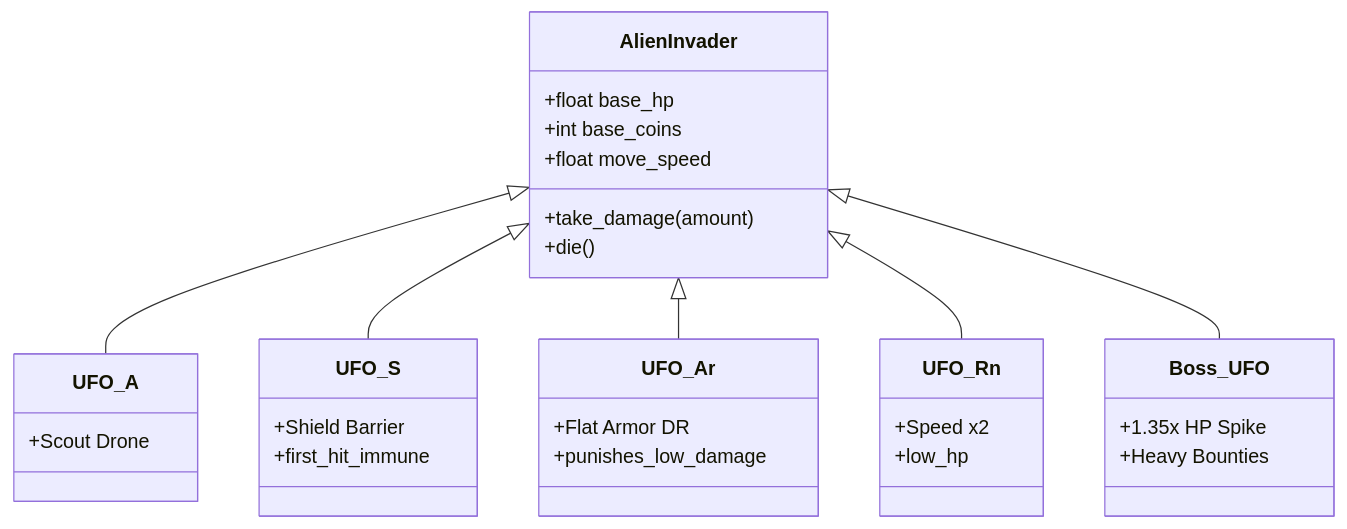
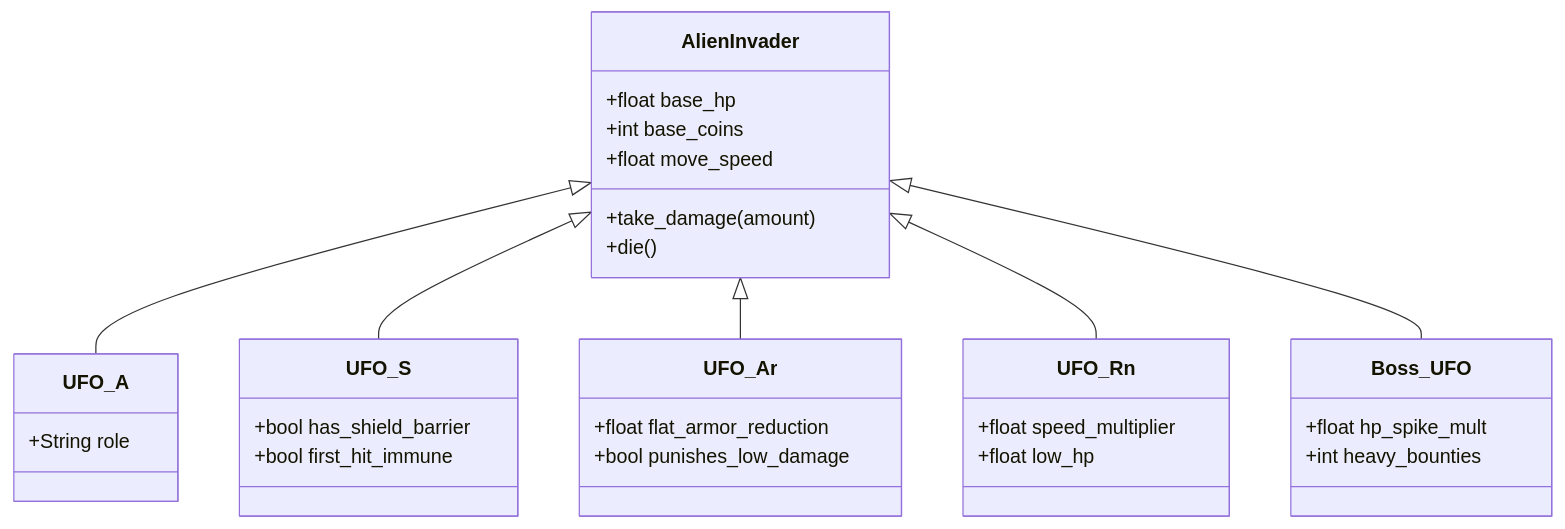
The third of 5 diagrams in docs/executive_summary.md (arlandoapraharjo/chaosmal-defense-td), drawn with Mermaid before and after one commit. The commit also changed other lines of this file, not shown here.

````diff
--- a/docs/executive_summary.md
+++ b/docs/executive_summary.md
@@ -120,34 +120,34 @@
 ```mermaid
 classDiagram
     class AlienInvader {
         +float base_hp
         +int base_coins
         +float move_speed
         +take_damage(amount)
         +die()
     }
     class UFO_A {
-        +Scout Drone
+        +String role
     }
     class UFO_S {
-        +Shield Barrier
-        +first_hit_immune
+        +bool has_shield_barrier
+        +bool first_hit_immune
     }
     class UFO_Ar {
-        +Flat Armor DR
-        +punishes_low_damage
+        +float flat_armor_reduction
+        +bool punishes_low_damage
     }
     class UFO_Rn {
-        +Speed x2
-        +low_hp
+        +float speed_multiplier
+        +float low_hp
     }
     class Boss_UFO {
-        +1.35x HP Spike
-        +Heavy Bounties
+        +float hp_spike_mult
+        +int heavy_bounties
     }
     AlienInvader <|-- UFO_A
     AlienInvader <|-- UFO_S
     AlienInvader <|-- UFO_Ar
     AlienInvader <|-- UFO_Rn
     AlienInvader <|-- Boss_UFO
 ```
````
